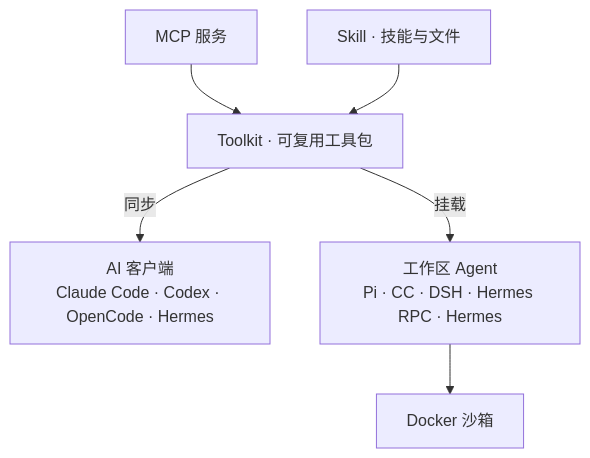
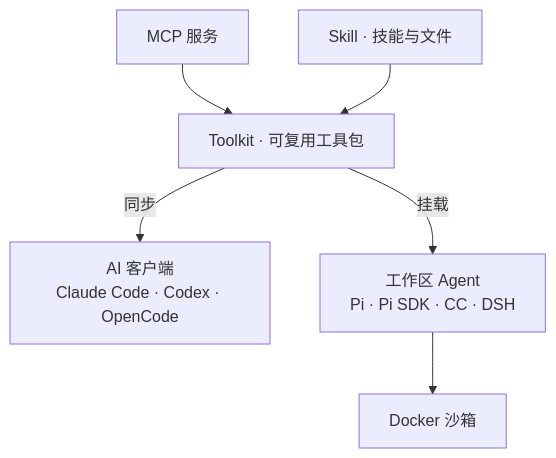
One commit to asharca/ToolPlane changed the diagram in README.md. Above: the diagram before and after it, drawn with Mermaid. The commit also changed other lines of this file and 325 other files, not shown here.

````diff
--- a/README.md
+++ b/README.md
@@ -21,8 +21,8 @@
 ```mermaid
 flowchart TB
   MCP["MCP 服务"] --> Toolkit["Toolkit · 可复用工具包"]
   Skills["Skill · 技能与文件"] --> Toolkit
-  Toolkit -->|同步| Clients["AI 客户端<br/>Claude Code · Codex · OpenCode · Hermes"]
-  Toolkit -->|挂载| Agent["工作区 Agent<br/>Pi · CC · DSH · Hermes RPC · Hermes"]
+  Toolkit -->|同步| Clients["AI 客户端<br/>Claude Code · Codex · OpenCode"]
+  Toolkit -->|挂载| Agent["工作区 Agent<br/>Pi · Pi SDK · CC · DSH"]
   Agent --> Sandbox["Docker 沙箱"]
 ```
````
